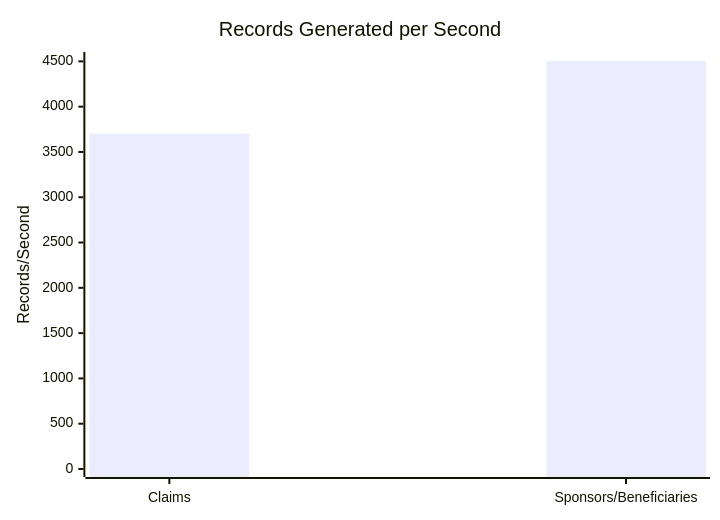
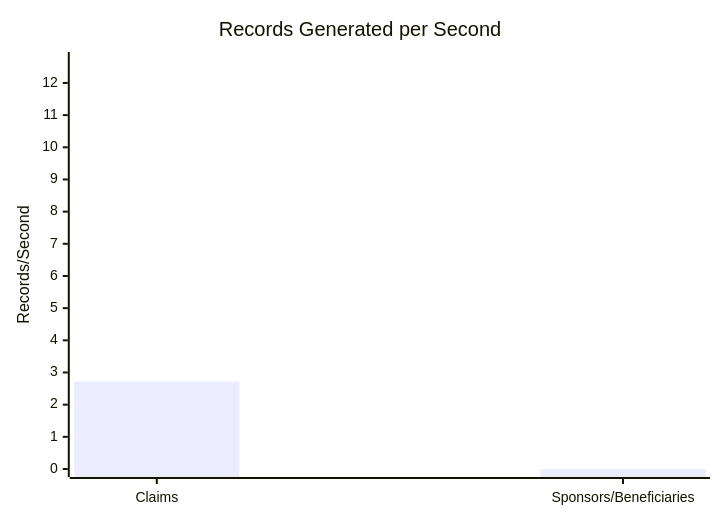
Before and after one commit to dhagan-va/intern-2025: the first of 11 diagrams in test-tools/DataGen/src/Statistics_Visualizer.md, drawn with Mermaid. The commit also changed other lines of this file and 3 other files, not shown here.

````diff
--- a/test-tools/DataGen/src/Statistics_Visualizer.md
+++ b/test-tools/DataGen/src/Statistics_Visualizer.md
@@ -18,7 +18,7 @@
 ```mermaid
 xychart-beta
     title "Records Generated per Second"
     x-axis ["Claims", "Sponsors/Beneficiaries"]
-    y-axis "Records/Second" 0 --> 4515.084520700928
-    bar [3702.1857076558344, 4505.084520700928]
+    y-axis "Records/Second" 0 --> 12.713571657286753
+    bar [2.713571657286754, 0.0]
 ```
````
